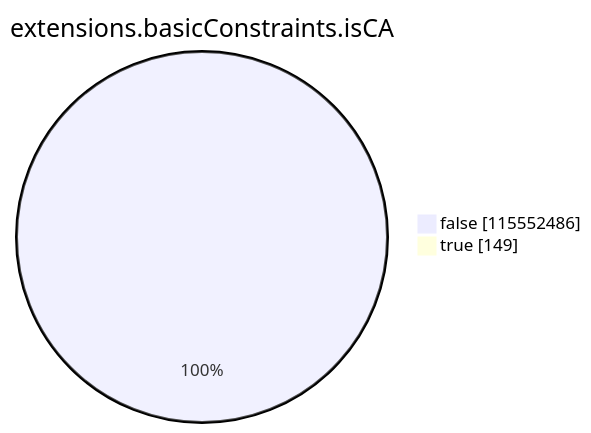
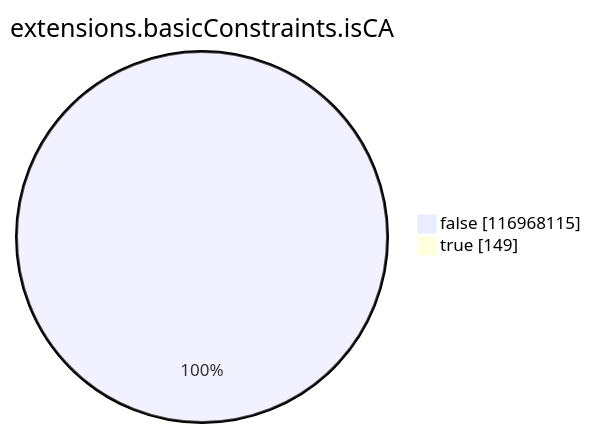
The seventh of 15 diagrams in xenon2023/README.md (christiankrug/ctmonitor_visualization), drawn with Mermaid before and after one commit. The commit also changed other lines of this file, not shown here.

````diff
--- a/xenon2023/README.md
+++ b/xenon2023/README.md
@@ -2146,6 +2146,6 @@
 ```mermaid
 pie showData
 title extensions.basicConstraints.isCA
-"false" :115552486
+"false" :116968115
 "true" :149
 ```
````
